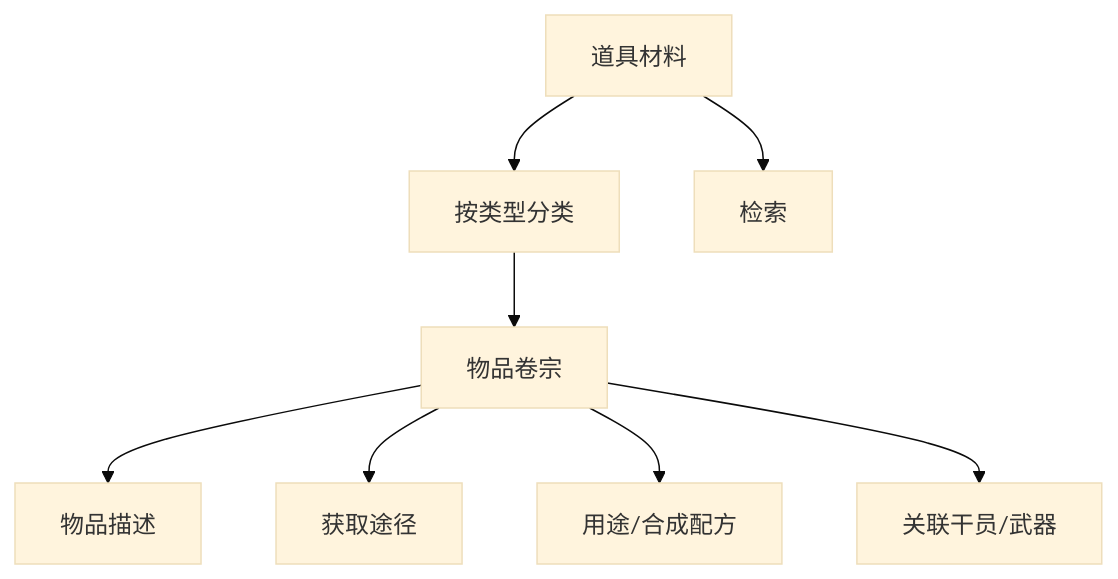
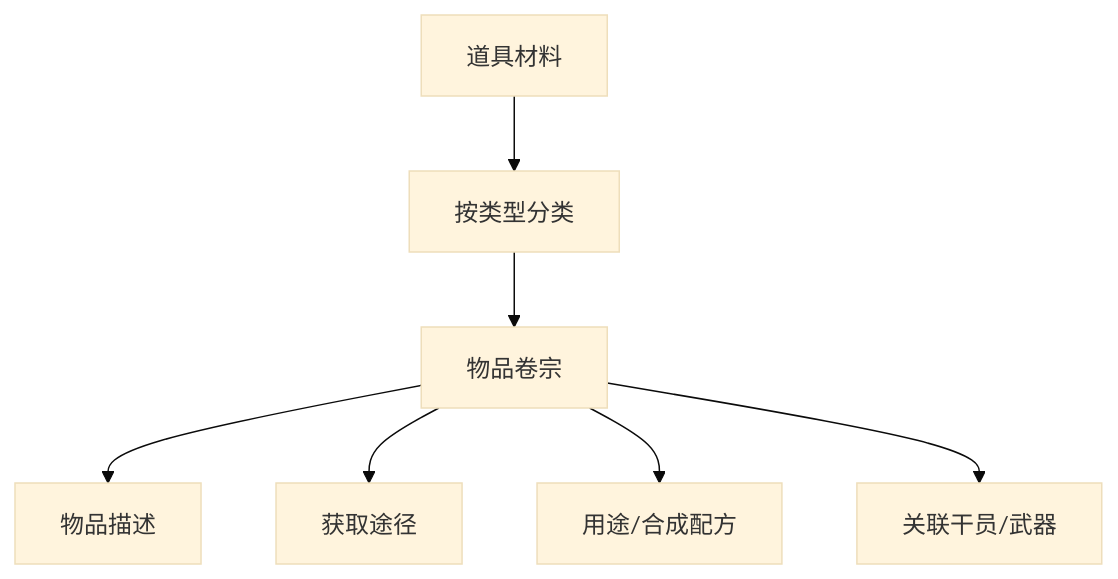
Before and after one commit to Deliay/hongshan-archives-bureau: the diagram in docs/product/09-items-materials.md, drawn with Mermaid (base theme). The commit also changed 1 other file, not shown here.

Commit message:
docs: remove search/检索 from page designs

````diff
--- a/docs/product/09-items-materials.md
+++ b/docs/product/09-items-materials.md
@@ -33,10 +33,10 @@
 ```mermaid
 flowchart TD
     A[道具材料] --> B[按类型分类]
-    A --> C[检索]
+
     B --> D[物品卷宗]
     D --> E[物品描述]
     D --> F[获取途径]
     D --> G[用途/合成配方]
     D --> H[关联干员/武器]
 ```
````
